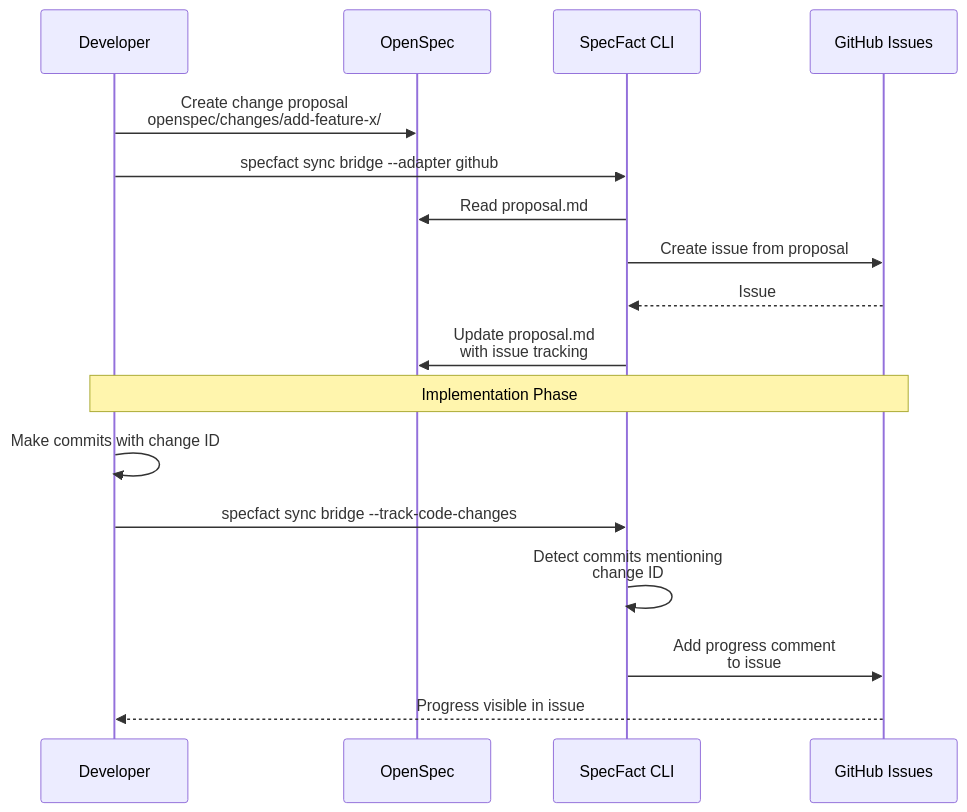
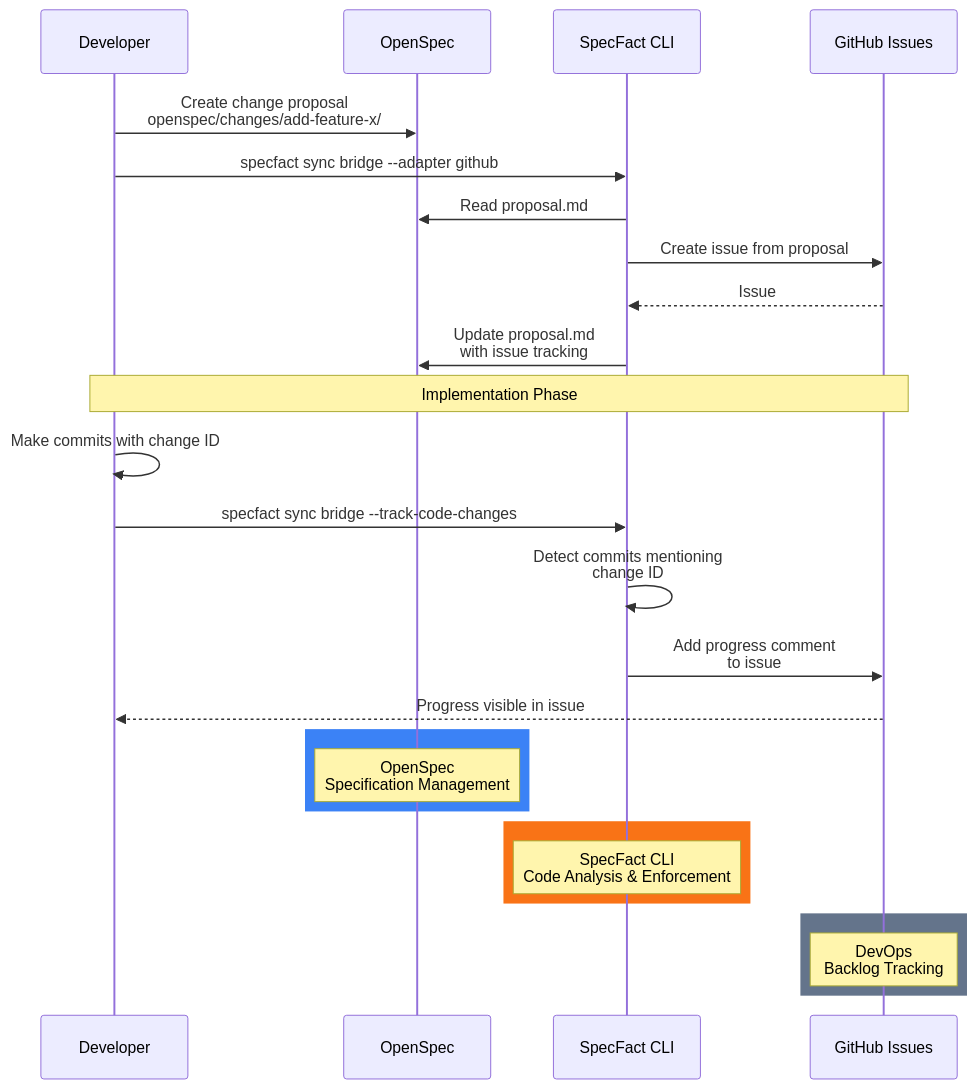
The second of 5 diagrams in docs/guides/openspec-journey.md (nold-ai/specfact-cli), drawn with Mermaid before and after one commit.

Commit message:
docs: add color styling to sequence diagram in OpenSpec journey
- Add colored rectangles to sequence diagram for visual distinction
- OpenSpec: Blue background (#3b82f6)
- SpecFact: Orange background (#f97316)
- DevOps: Slate gray background (#64748b)
- Improves readability and visual consistency across all diagrams

````diff
--- a/docs/guides/openspec-journey.md
+++ b/docs/guides/openspec-journey.md
@@ -156,22 +156,34 @@
 ```mermaid
 sequenceDiagram
     participant Dev as Developer
     participant OS as OpenSpec
     participant SF as SpecFact CLI
     participant GH as GitHub Issues
     
     Dev->>OS: Create change proposal<br/>openspec/changes/add-feature-x/
     Dev->>SF: specfact sync bridge --adapter github
     SF->>OS: Read proposal.md
     SF->>GH: Create issue from proposal
     GH-->>SF: Issue #123 created
     SF->>OS: Update proposal.md<br/>with issue tracking
     
     Note over Dev,GH: Implementation Phase
     
     Dev->>Dev: Make commits with change ID
     Dev->>SF: specfact sync bridge --track-code-changes
     SF->>SF: Detect commits mentioning<br/>change ID
     SF->>GH: Add progress comment<br/>to issue #123
     GH-->>Dev: Progress visible in issue
+    
+    rect rgb(59, 130, 246)
+    Note over OS: OpenSpec<br/>Specification Management
+    end
+    
+    rect rgb(249, 115, 22)
+    Note over SF: SpecFact CLI<br/>Code Analysis & Enforcement
+    end
+    
+    rect rgb(100, 116, 139)
+    Note over GH: DevOps<br/>Backlog Tracking
+    end
 ```
````
